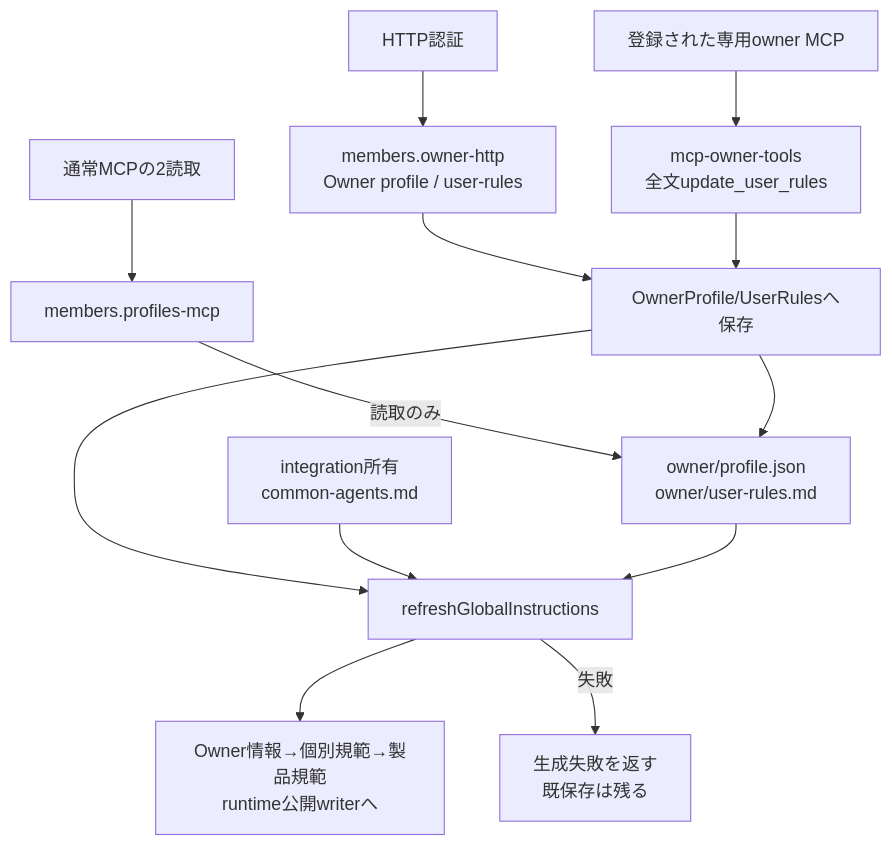
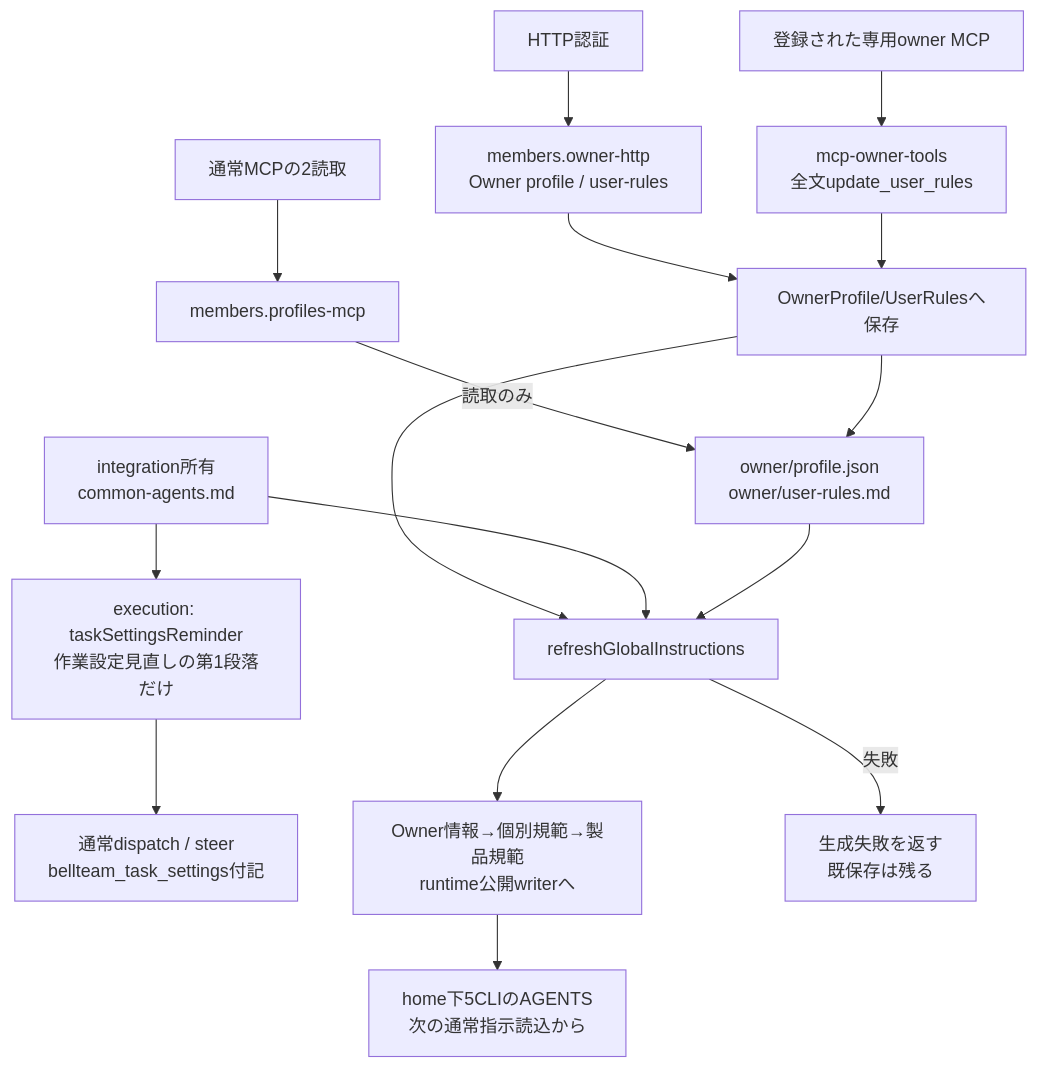
Before and after one commit to kitepon/BellTeam: the first of 2 diagrams in docs/architecture/modules/members/instructions.md, drawn with Mermaid. The commit also changed other lines of this file and 2 other files, not shown here.

````diff
--- a/docs/architecture/modules/members/instructions.md
+++ b/docs/architecture/modules/members/instructions.md
@@ -5,15 +5,18 @@
 ```mermaid
 flowchart TD
   Http["HTTP認証"] --> Owner["members.owner-http<br/>Owner profile / user-rules"]
   Read["通常MCPの2読取"] --> Member["members.profiles-mcp"]
   Dedicated["登録された専用owner MCP"] --> Rules["mcp-owner-tools<br/>全文update_user_rules"]
   Owner --> Save["OwnerProfile/UserRulesへ保存"]
   Rules --> Save
   Member -->|"読取のみ"| Data["owner/profile.json<br/>owner/user-rules.md"]
   Save --> Data
   Save --> Refresh["refreshGlobalInstructions"]
   Common["integration所有<br/>common-agents.md"] --> Refresh
+  Common --> Reminder["execution: taskSettingsReminder<br/>作業設定見直しの第1段落だけ"]
+  Reminder --> Dispatch["通常dispatch / steer<br/>bellteam_task_settings付記"]
   Data --> Refresh
   Refresh --> Write["Owner情報→個別規範→製品規範<br/>runtime公開writerへ"]
+  Write --> Globals["home下5CLIのAGENTS<br/>次の通常指示読込から"]
   Refresh -->|"失敗"| Failure["生成失敗を返す<br/>既保存は残る"]
 ```
````
